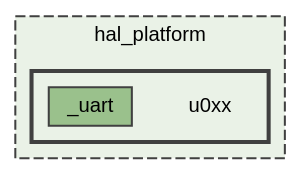
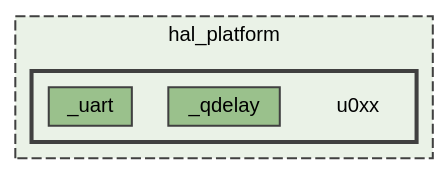
One commit to ebs-universe/piolib-hal-uc-stm32 changed the diagram in dir_e6e81f65b81118890ab216e7e6c72be2_dep.dot. Above: the diagram before and after it, drawn with Graphviz. The commit also changed 468 other files, not shown here.

```diff
--- a/dir_e6e81f65b81118890ab216e7e6c72be2_dep.dot
+++ b/dir_e6e81f65b81118890ab216e7e6c72be2_dep.dot
@@ -1,17 +1,18 @@
 digraph "hal_platform/u0xx"
 {
  // INTERACTIVE_SVG=YES
  // LATEX_PDF_SIZE
   bgcolor="transparent";
   edge [fontname=Helvetica,fontsize=10,labelfontname=Helvetica,labelfontsize=10];
   node [fontname=Helvetica,fontsize=10,shape=box,height=0.2,width=0.4];
   compound=true
   subgraph clusterdir_7da9fa3e46f3496e22e0d53e72e5a458 {
     graph [ bgcolor="#eaf2e7", pencolor="grey25", label="hal_platform", fontname=Helvetica,fontsize=10 style="filled,dashed", URL="dir_7da9fa3e46f3496e22e0d53e72e5a458.html",tooltip=""]
   subgraph clusterdir_e6e81f65b81118890ab216e7e6c72be2 {
     graph [ bgcolor="#eaf2e7", pencolor="grey25", label="", fontname=Helvetica,fontsize=10 style="filled,bold", URL="dir_e6e81f65b81118890ab216e7e6c72be2.html",tooltip=""]
     dir_e6e81f65b81118890ab216e7e6c72be2 [shape=plaintext, label="u0xx"];
+  dir_f7614003b88892a7b02bb56ec0d05dab [label="_qdelay", fillcolor="#9ac18c", color="grey25", style="filled", URL="dir_f7614003b88892a7b02bb56ec0d05dab.html",tooltip=""];
   dir_f9bac1dc5d25c529cb9049867e3a7842 [label="_uart", fillcolor="#9ac18c", color="grey25", style="filled", URL="dir_f9bac1dc5d25c529cb9049867e3a7842.html",tooltip=""];
   }
   }
 }
```
